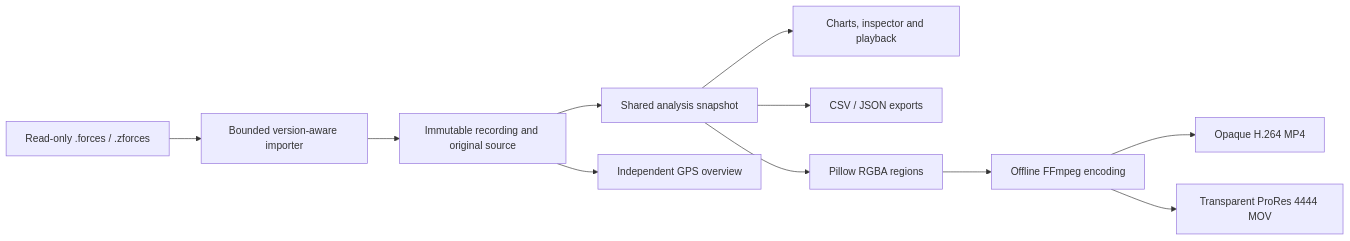
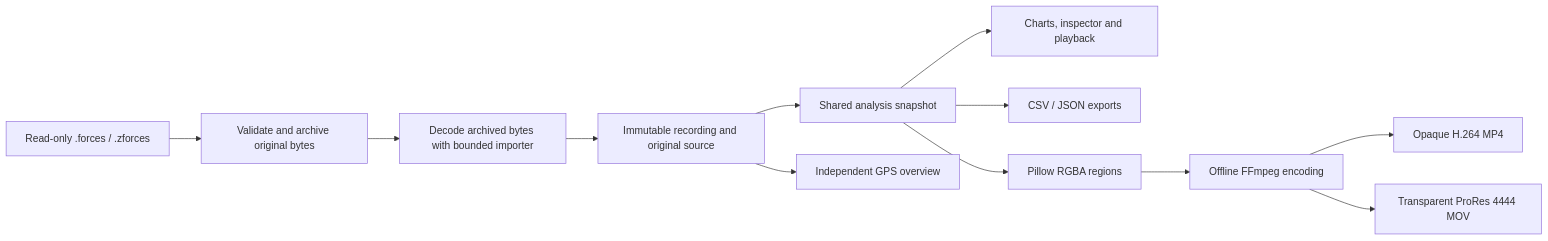
Before and after one commit to rudnerbjoern/ride-forces-analyzer: the diagram in docs/architecture/04_solution_strategy.md, drawn with Mermaid. The commit also changed other lines of this file and 16 other files, not shown here.

````diff
--- a/docs/architecture/04_solution_strategy.md
+++ b/docs/architecture/04_solution_strategy.md
@@ -7,13 +7,14 @@
 ```mermaid
 flowchart LR
-    Original["Read-only .forces / .zforces"] --> Importer["Bounded version-aware importer"]
+    Original["Read-only .forces / .zforces"] --> Archive["Validate and archive original bytes"]
+    Archive --> Importer["Decode archived bytes with bounded importer"]
     Importer --> Recording["Immutable recording and original source"]
     Recording --> Analysis["Shared analysis snapshot"]
     Analysis --> Explorer["Charts, inspector and playback"]
     Recording --> GPS["Independent GPS overview"]
     Analysis --> Data["CSV / JSON exports"]
     Analysis --> Frames["Pillow RGBA regions"]
     Frames --> Encoder["Offline FFmpeg encoding"]
     Encoder --> Opaque["Opaque H.264 MP4"]
     Encoder --> Overlay["Transparent ProRes 4444 MOV"]
 ```
````
